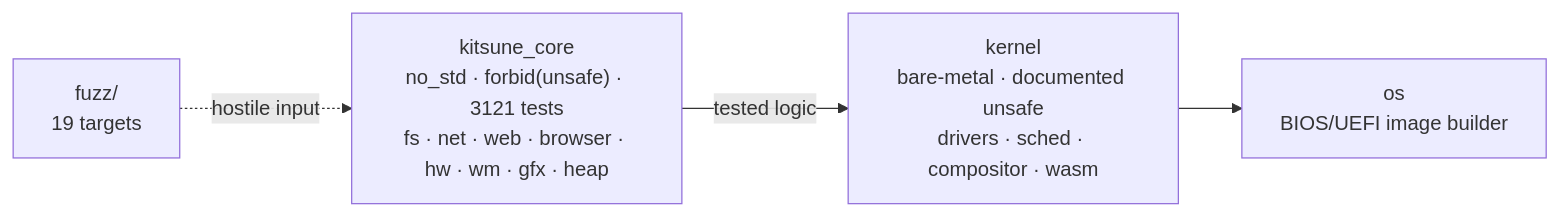
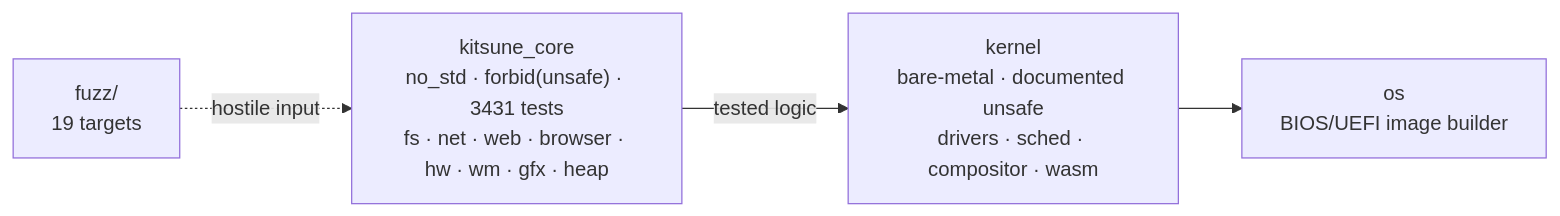
One commit to Jeffinp/Kitsune changed the diagram in README.en.md. Above: the diagram before and after it, drawn with Mermaid. The commit also changed other lines of this file and 5 other files, not shown here.

````diff
--- a/README.en.md
+++ b/README.en.md
@@ -147,9 +147,9 @@
 ```mermaid
 flowchart LR
-    CORE["kitsune_core<br/>no_std · forbid(unsafe) · 3121 tests<br/>fs · net · web · browser · hw · wm · gfx · heap"]
+    CORE["kitsune_core<br/>no_std · forbid(unsafe) · 3431 tests<br/>fs · net · web · browser · hw · wm · gfx · heap"]
     KERNEL["kernel<br/>bare-metal · documented unsafe<br/>drivers · sched · compositor · wasm"]
     OS["os<br/>BIOS/UEFI image builder"]
     FUZZ["fuzz/<br/>19 targets"]
     CORE -->|tested logic| KERNEL --> OS
     FUZZ -.->|hostile input| CORE
 ```
````
